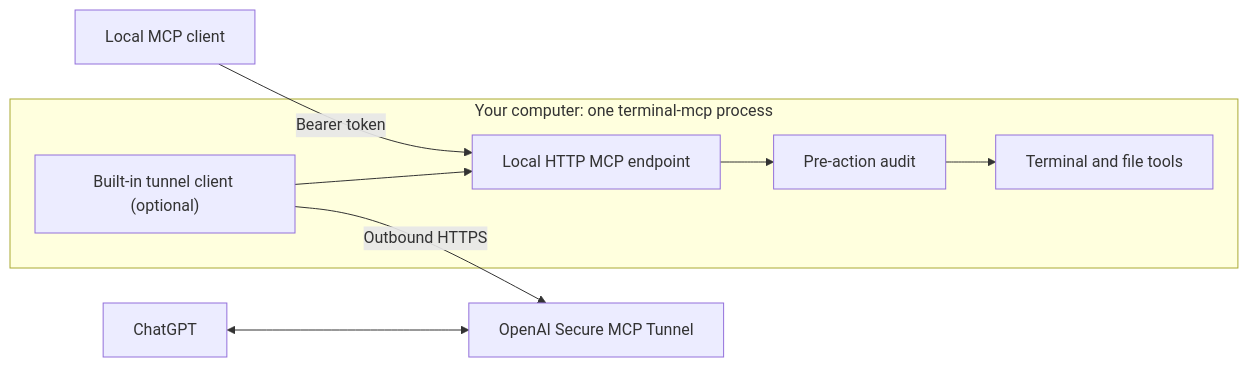
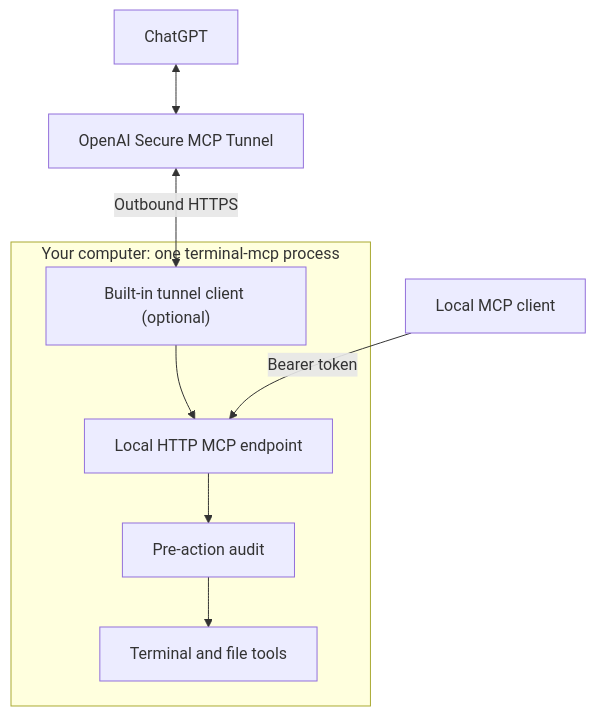
Before and after one commit to dimchansky/terminal-mcp: the diagram in README.md, drawn with Mermaid.

Commit message:
docs: make connection diagram vertical

````diff
--- a/README.md
+++ b/README.md
@@ -16,13 +16,13 @@
 ```mermaid
-flowchart LR
-    Local["Local MCP client"] -- "Bearer token" --> HTTP
+flowchart TB
     ChatGPT["ChatGPT"] <--> OpenAI["OpenAI Secure MCP Tunnel"]
 
     subgraph Computer["Your computer: one terminal-mcp process"]
         BuiltIn["Built-in tunnel client (optional)"] --> HTTP["Local HTTP MCP endpoint"]
         HTTP --> Audit["Pre-action audit"]
         Audit --> Tools["Terminal and file tools"]
     end
 
-    BuiltIn -- "Outbound HTTPS" --> OpenAI
+    OpenAI <-->|"Outbound HTTPS"| BuiltIn
+    Local["Local MCP client"] -- "Bearer token" --> HTTP
 ```
````
